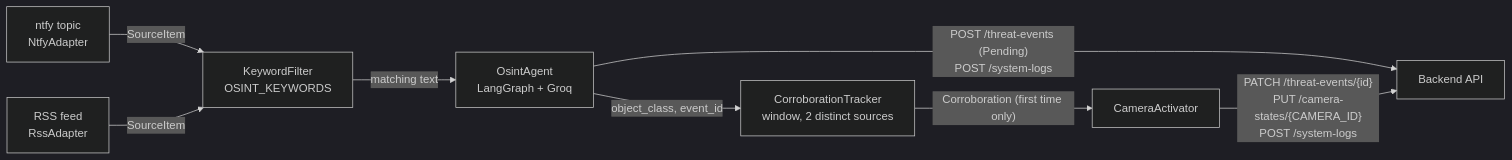
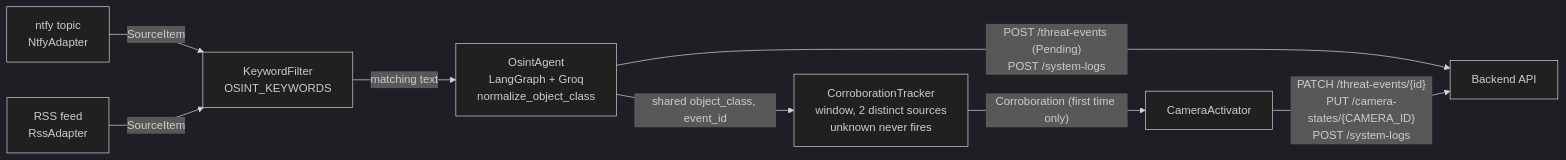
One commit to aimanahmed495-max/ProjectHeimdall changed the diagram in docs/OSINT_PIPELINE.md. Above: the diagram before and after it, drawn with Mermaid (dark theme). The commit also changed other lines of this file and 2 other files, not shown here.

First line of the commit message:
docs: refresh OSINT pipeline doc for T01/T06/unknown

````diff
--- a/docs/OSINT_PIPELINE.md
+++ b/docs/OSINT_PIPELINE.md
@@ -14,18 +14,18 @@
 ```mermaid
 flowchart LR
     ntfy["ntfy topic<br/>NtfyAdapter"]
     rss["RSS feed<br/>RssAdapter"]
     filter["KeywordFilter<br/>OSINT_KEYWORDS"]
-    agent["OsintAgent<br/>LangGraph + Groq"]
-    tracker["CorroborationTracker<br/>window, 2 distinct sources"]
+    agent["OsintAgent<br/>LangGraph + Groq<br/>normalize_object_class"]
+    tracker["CorroborationTracker<br/>window, 2 distinct sources<br/>unknown never fires"]
     activator["CameraActivator"]
     api["Backend API"]
 
     ntfy -->|"SourceItem"| filter
     rss -->|"SourceItem"| filter
     filter -->|"matching text"| agent
     agent -->|"POST /threat-events (Pending)<br/>POST /system-logs"| api
-    agent -->|"object_class, event_id"| tracker
+    agent -->|"shared object_class, event_id"| tracker
     tracker -->|"Corroboration (first time only)"| activator
     activator -->|"PATCH /threat-events/{id}<br/>PUT /camera-states/{CAMERA_ID}<br/>POST /system-logs"| api
 ```
````
